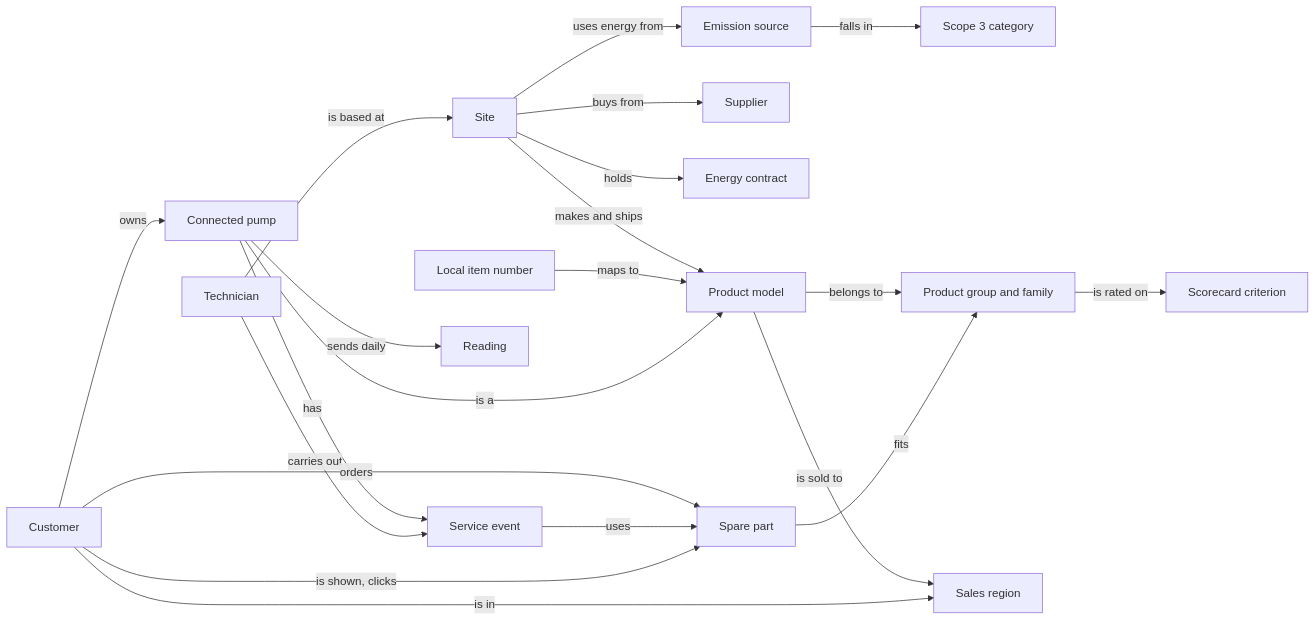
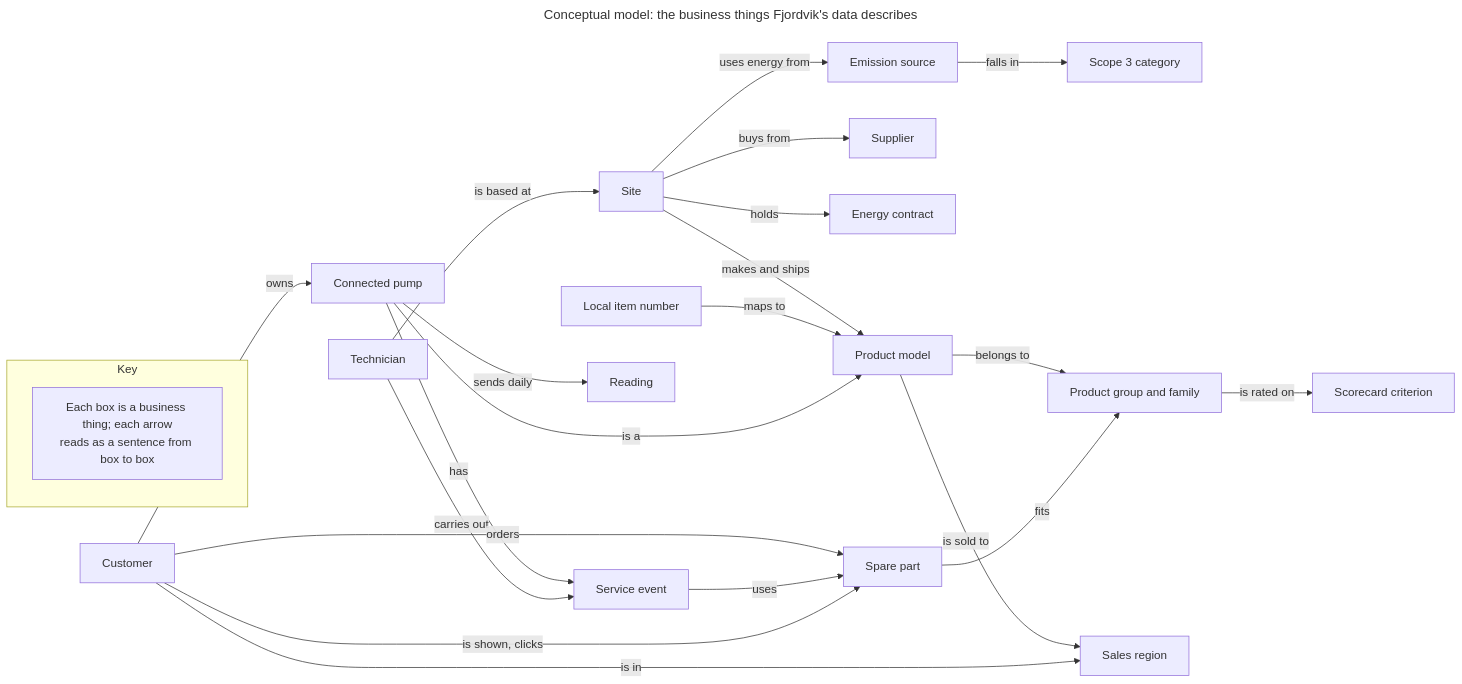
One commit to voneeci/fjordvik changed the first of 4 diagrams in docs/data-model.md. Above: the diagram before and after it, drawn with Mermaid. The commit also changed other lines of this file and 5 other files, not shown here.

First line of the commit message:
docs: diagrams to the C4 checklist, metric catalogue, folder proposal

````diff
--- a/docs/data-model.md
+++ b/docs/data-model.md
@@ -22,23 +22,29 @@
 ```mermaid
+---
+title: "Conceptual model: the business things Fjordvik's data describes"
+---
 flowchart LR
+    subgraph KEY["Key"]
+        KN["Each box is a business thing; each arrow<br/>reads as a sentence from box to box"]
+    end
     SITE["Site"] -- "uses energy from" --> SRC["Emission source"]
     SITE -- "buys from" --> SUP["Supplier"]
     SITE -- "holds" --> CON["Energy contract"]
     SRC -- "falls in" --> CAT["Scope 3 category"]
     SITE -- "makes and ships" --> PROD["Product model"]
     PROD -- "belongs to" --> GRP["Product group and family"]
     CODE["Local item number"] -- "maps to" --> PROD
     PROD -- "is sold to" --> REG["Sales region"]
     GRP -- "is rated on" --> CRIT["Scorecard criterion"]
     CUST["Customer"] -- "is in" --> REG
     CUST -- "owns" --> PUMP["Connected pump"]
     PUMP -- "is a" --> PROD
     PUMP -- "sends daily" --> READ["Reading"]
     PUMP -- "has" --> EVT["Service event"]
     TECH["Technician"] -- "carries out" --> EVT
     TECH -- "is based at" --> SITE
     PART["Spare part"] -- "fits" --> GRP
     CUST -- "orders" --> PART
     EVT -- "uses" --> PART
     CUST -- "is shown, clicks" --> PART
 ```
````
